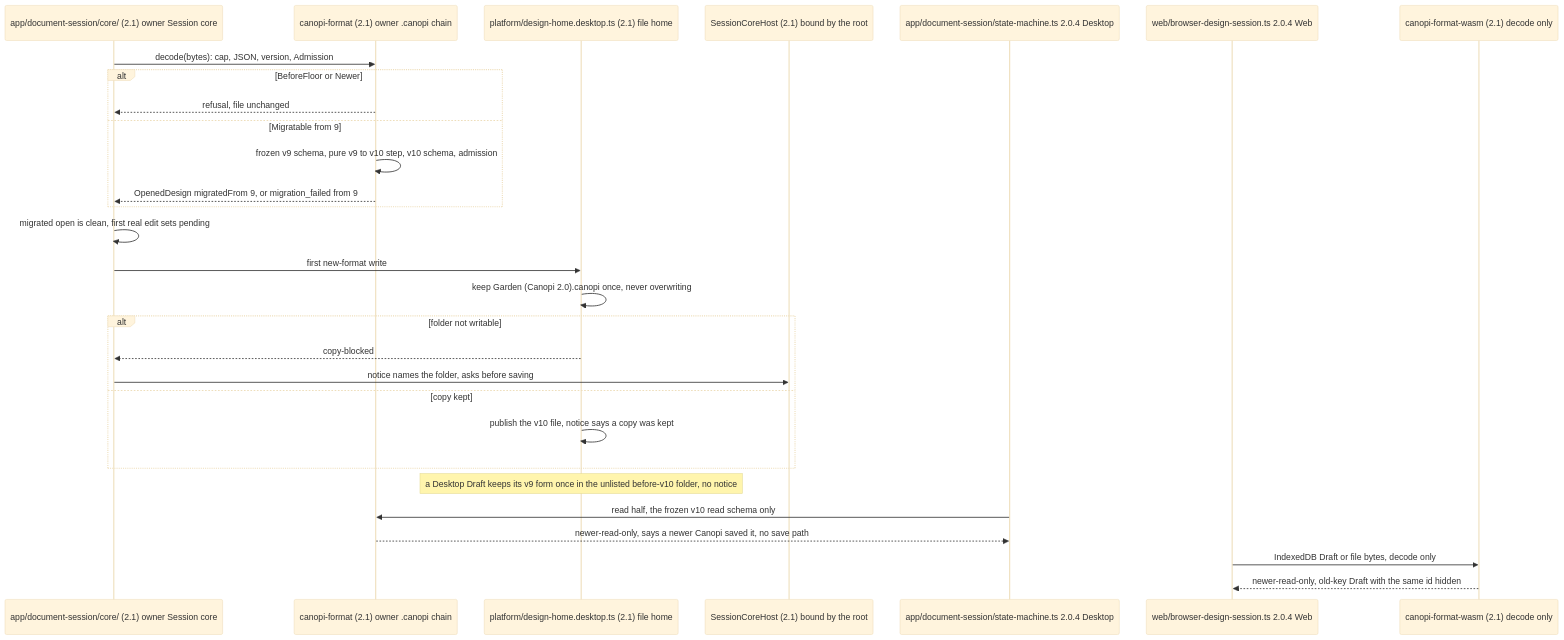
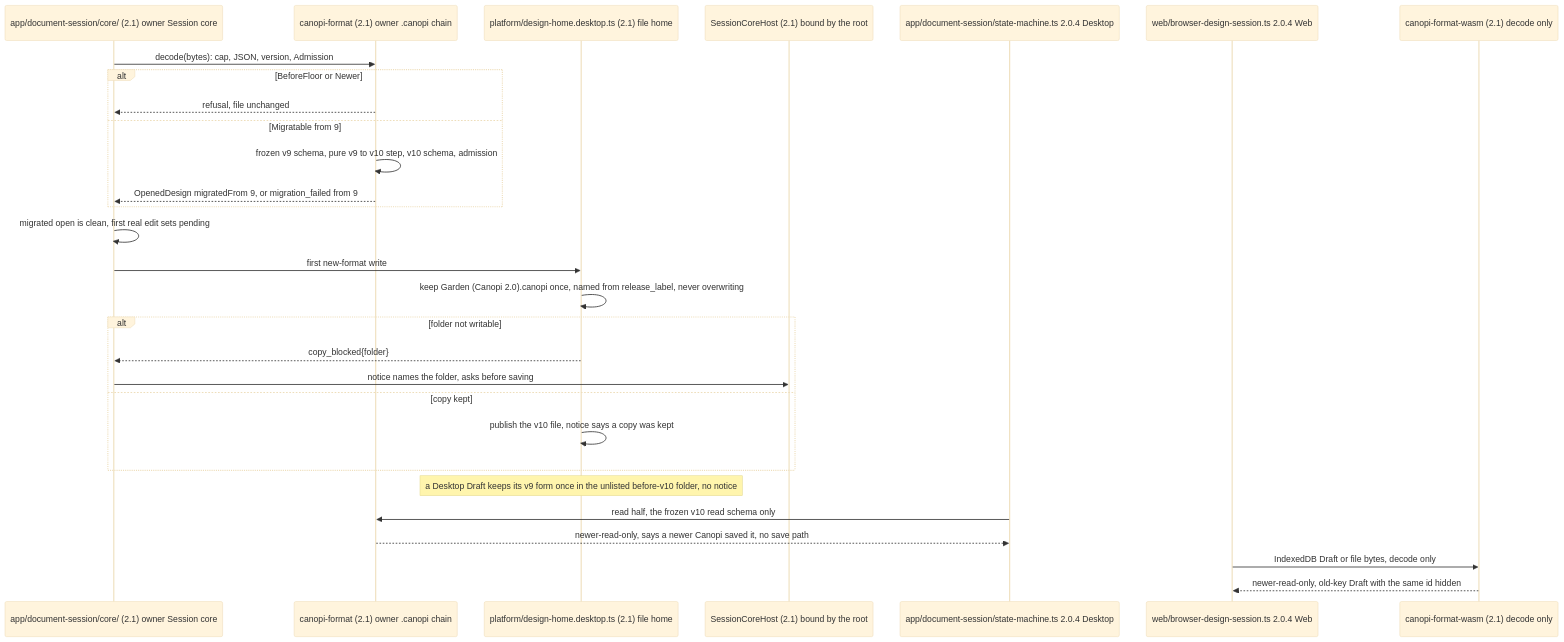
The fifth of 6 diagrams in docs/architecture/flows-document.md (opencanopi/canopi), drawn with Mermaid (base theme) before and after one commit. The commit also changed other lines of this file and 33 other files, not shown here.

Commit message:
docs: apply the architecture review's findings to ADRs, plan, contracts, ledger and model

````diff
--- a/docs/architecture/flows-document.md
+++ b/docs/architecture/flows-document.md
@@ -162,31 +176,31 @@
 ```mermaid
 sequenceDiagram
   participant Core as app/document-session/core/ (2.1) owner Session core
   participant Chain as canopi-format (2.1) owner .canopi chain
   participant DH as platform/design-home.desktop.ts (2.1) file home
   participant Ask as SessionCoreHost (2.1) bound by the root
   participant Old as app/document-session/state-machine.ts 2.0.4 Desktop
   participant OldWeb as web/browser-design-session.ts 2.0.4 Web
   participant Wasm as canopi-format-wasm (2.1) decode only
   Core->>Chain: decode(bytes): cap, JSON, version, Admission
   alt BeforeFloor or Newer
     Chain-->>Core: refusal, file unchanged
   else Migratable from 9
     Chain->>Chain: frozen v9 schema, pure v9 to v10 step, v10 schema, admission
     Chain-->>Core: OpenedDesign migratedFrom 9, or migration_failed from 9
   end
   Core->>Core: migrated open is clean, first real edit sets pending
   Core->>DH: first new-format write
-  DH->>DH: keep Garden (Canopi 2.0).canopi once, never overwriting
+  DH->>DH: keep Garden (Canopi 2.0).canopi once, named from release_label, never overwriting
   alt folder not writable
-    DH-->>Core: copy-blocked
+    DH-->>Core: copy_blocked{folder}
     Core->>Ask: notice names the folder, asks before saving
   else copy kept
     DH->>DH: publish the v10 file, notice says a copy was kept
   end
   Note over DH: a Desktop Draft keeps its v9 form once in the unlisted before-v10 folder, no notice
   Old->>Chain: read half, the frozen v10 read schema only
   Chain-->>Old: newer-read-only, says a newer Canopi saved it, no save path
   OldWeb->>Wasm: IndexedDB Draft or file bytes, decode only
   Wasm-->>OldWeb: newer-read-only, old-key Draft with the same id hidden
 ```
````
